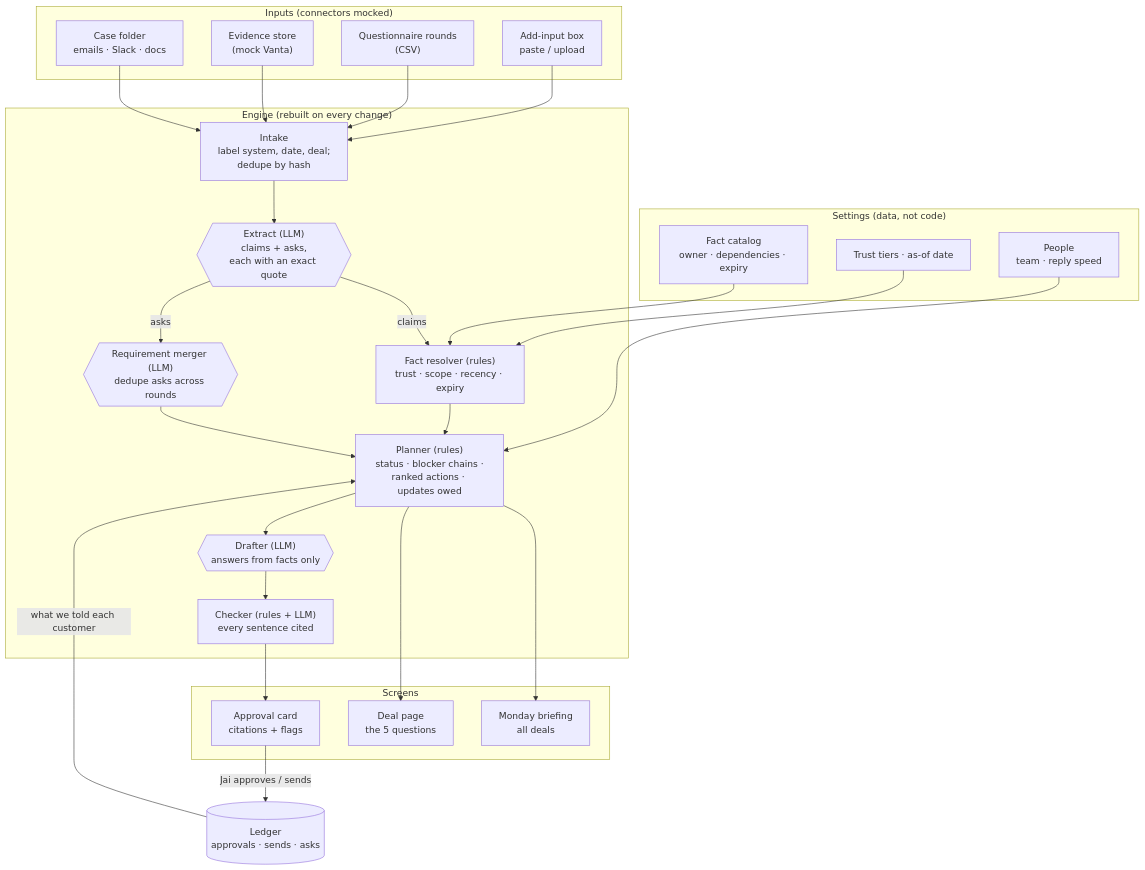
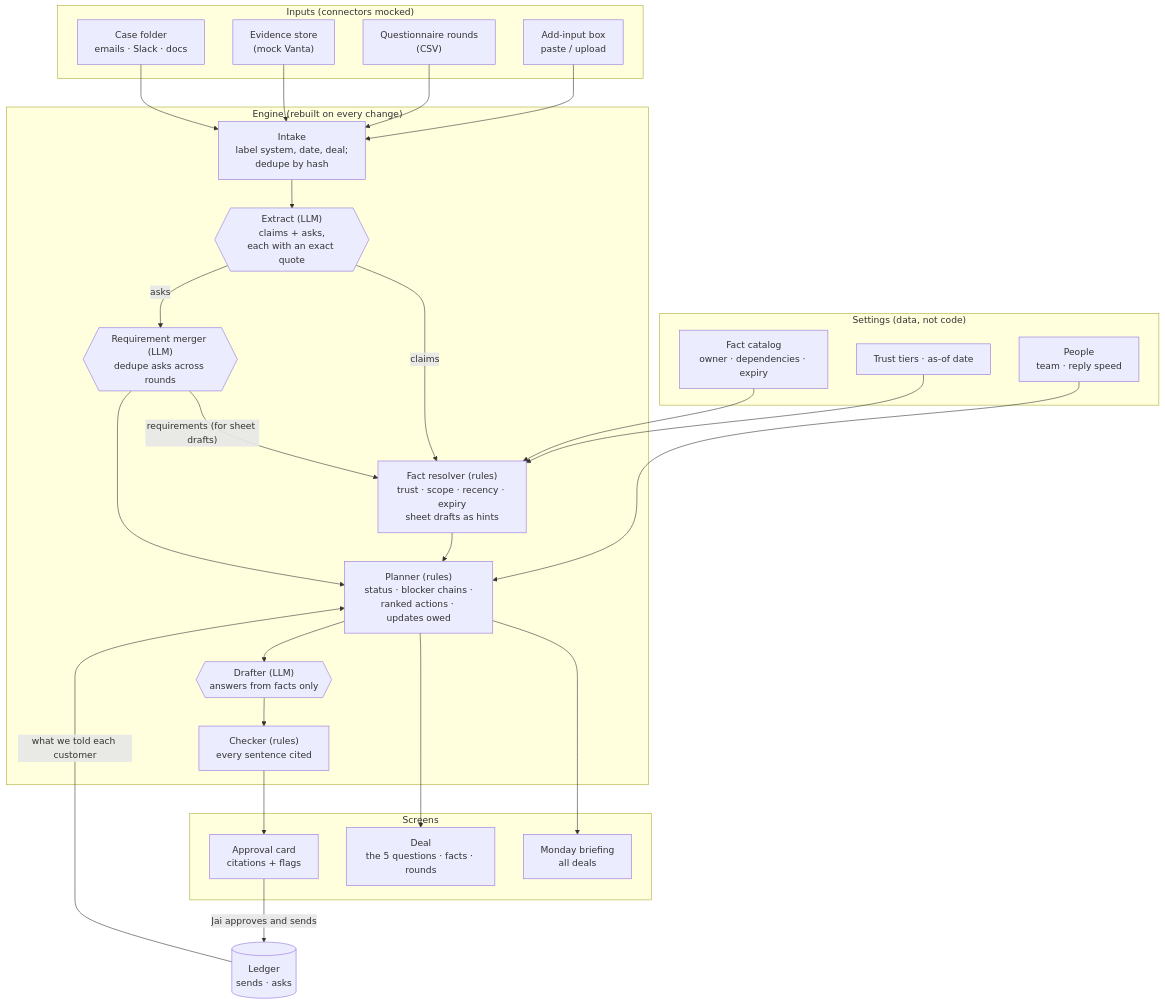
The first of 6 diagrams in docs/ARCHITECTURE.md (Whiteknight07/procurement-navigator), drawn with Mermaid before and after one commit. The commit also changed other lines of this file and 225 other files, not shown here.

````diff
--- a/docs/ARCHITECTURE.md
+++ b/docs/ARCHITECTURE.md
@@ -14,47 +19,48 @@
 ```mermaid
 flowchart TB
   subgraph IN["Inputs (connectors mocked)"]
     A1["Case folder<br/>emails · Slack · docs"]
     A2["Evidence store<br/>(mock Vanta)"]
     A3["Questionnaire rounds<br/>(CSV)"]
     A4["Add-input box<br/>paste / upload"]
   end
   subgraph CFG["Settings (data, not code)"]
     C1["Fact catalog<br/>owner · dependencies · expiry"]
     C2["Trust tiers · as-of date"]
     C3["People<br/>team · reply speed"]
   end
   subgraph ENG["Engine (rebuilt on every change)"]
     B1["Intake<br/>label system, date, deal;<br/>dedupe by hash"]
     B2{{"Extract (LLM)<br/>claims + asks,<br/>each with an exact quote"}}
-    B3["Fact resolver (rules)<br/>trust · scope · recency · expiry"]
     B4{{"Requirement merger (LLM)<br/>dedupe asks across rounds"}}
+    B3["Fact resolver (rules)<br/>trust · scope · recency · expiry<br/>sheet drafts as hints"]
     B5["Planner (rules)<br/>status · blocker chains ·<br/>ranked actions · updates owed"]
     B6{{"Drafter (LLM)<br/>answers from facts only"}}
-    B7["Checker (rules + LLM)<br/>every sentence cited"]
+    B7["Checker (rules)<br/>every sentence cited"]
   end
   subgraph OUT["Screens"]
     D1["Monday briefing<br/>all deals"]
-    D2["Deal page<br/>the 5 questions"]
+    D2["Deal<br/>the 5 questions · facts · rounds"]
     D3["Approval card<br/>citations + flags"]
   end
-  L[("Ledger<br/>approvals · sends · asks")]
+  L[("Ledger<br/>sends · asks")]
 
   A1 --> B1
   A2 --> B1
   A3 --> B1
   A4 --> B1
   B1 --> B2
   B2 -- claims --> B3
   B2 -- asks --> B4
+  B4 -- "requirements (for sheet drafts)" --> B3
   C1 --> B3
   C2 --> B3
   B3 --> B5
   B4 --> B5
   C3 --> B5
   B5 --> D1
   B5 --> D2
   B5 --> B6 --> B7 --> D3
-  D3 -- "Jai approves / sends" --> L
+  D3 -- "Jai approves and sends" --> L
   L -- "what we told each customer" --> B5
 ```
````
